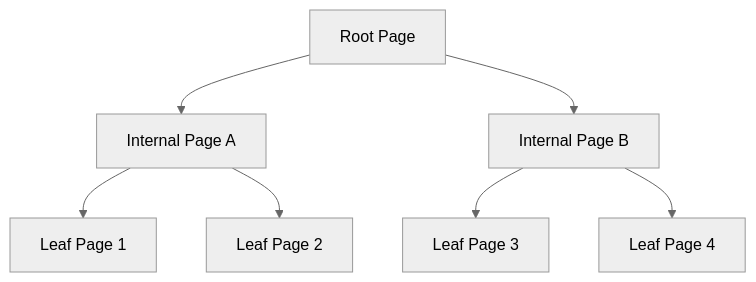
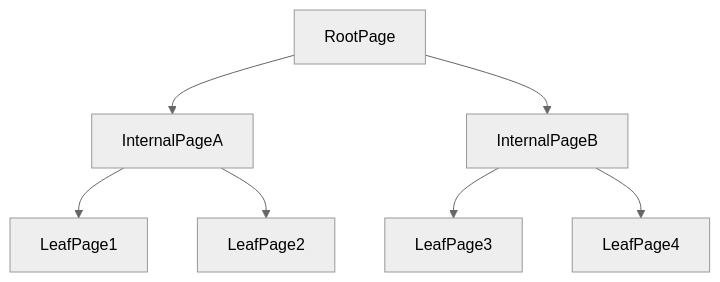
One commit to GabrielAlmeidaFlores/Senior-Software-Architect changed the first of 3 diagrams in database/database-masterclass/02-relational-engines/04-index-internals-and-memory-layouts.md. Above: the diagram before and after it, drawn with Mermaid (neutral theme). The commit also changed other lines of this file and 19 other files, not shown here.

````diff
--- a/database/database-masterclass/02-relational-engines/04-index-internals-and-memory-layouts.md
+++ b/database/database-masterclass/02-relational-engines/04-index-internals-and-memory-layouts.md
@@ -23,9 +18,9 @@
 ```mermaid
 flowchart TD
-    R[Root Page] --> I1[Internal Page A]
-    R --> I2[Internal Page B]
-    I1 --> L1[Leaf Page 1]
-    I1 --> L2[Leaf Page 2]
-    I2 --> L3[Leaf Page 3]
-    I2 --> L4[Leaf Page 4]
+    root[RootPage] --> internalA[InternalPageA]
+    root --> internalB[InternalPageB]
+    internalA --> leaf1[LeafPage1]
+    internalA --> leaf2[LeafPage2]
+    internalB --> leaf3[LeafPage3]
+    internalB --> leaf4[LeafPage4]
 ```
````
